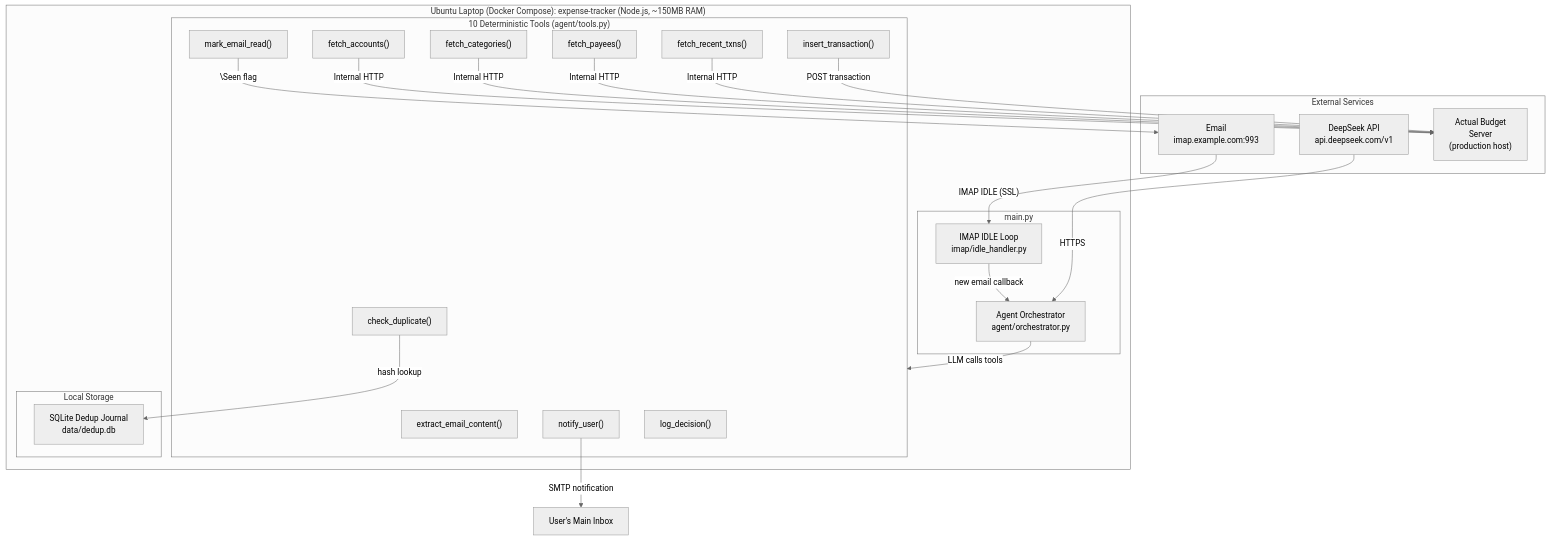
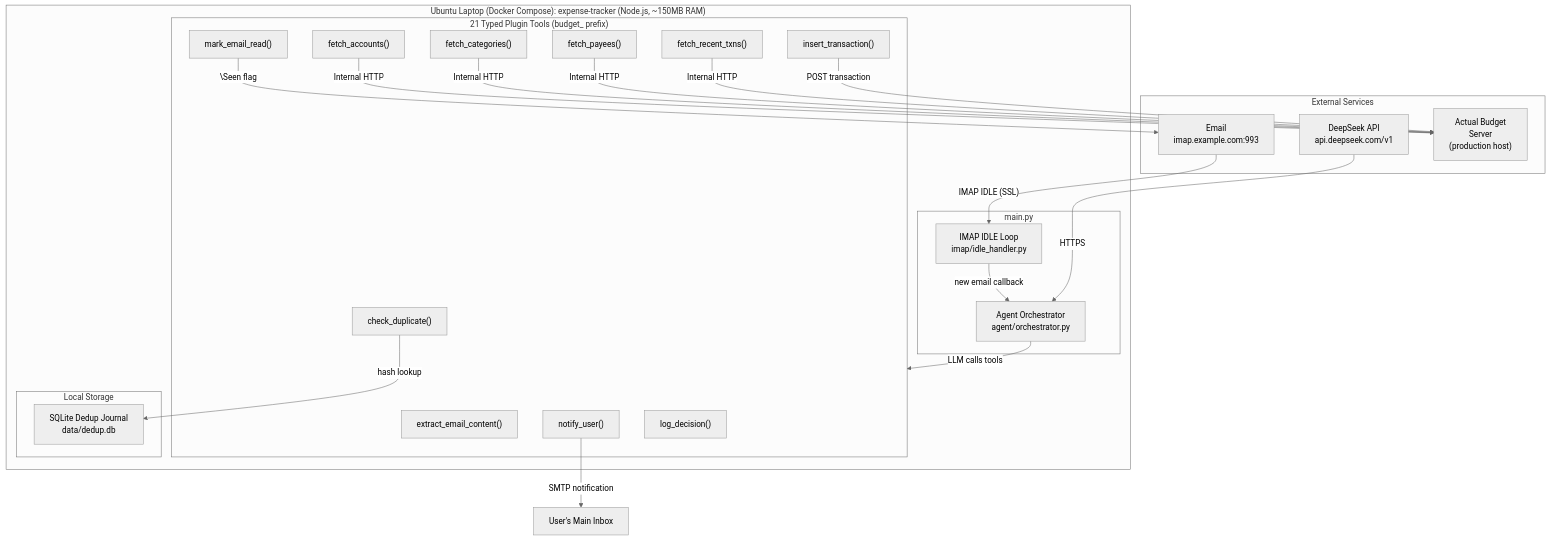
One commit to darrencjh8/darren-openclaw changed the first of 10 diagrams in design.md. Above: the diagram before and after it, drawn with Mermaid (neutral theme). The commit also changed other lines of this file and 21 other files, not shown here.

First line of the commit message:
Add expense-tracker plugin with 21 budget_ prefixed typed tools

````diff
--- a/design.md
+++ b/design.md
@@ -125,43 +125,43 @@
 ```mermaid
 graph TB
     subgraph External["External Services"]
         EmailSvc["Email<br/>imap.example.com:993"]
         DeepSeek["DeepSeek API<br/>api.deepseek.com/v1"]
          AB["Actual Budget<br/>Server<br/>(production host)"]
     end
 
     subgraph OpenClaw["Ubuntu Laptop (Docker Compose): expense-tracker (Node.js, ~150MB RAM)"]
         subgraph Main["main.py"]
             IMAP["IMAP IDLE Loop<br/>imap/idle_handler.py"]
             Orch["Agent Orchestrator<br/>agent/orchestrator.py"]
             IMAP -->|"new email callback"| Orch
         end
 
-        subgraph Tools["10 Deterministic Tools (agent/tools.py)"]
+        subgraph Tools["21 Typed Plugin Tools (budget_ prefix)"]
             T1["extract_email_content()"]
             T2["fetch_accounts()"]
             T3["fetch_categories()"]
             T4["fetch_payees()"]
             T5["fetch_recent_txns()"]
             T6["insert_transaction()"]
             T7["check_duplicate()"]
             T8["mark_email_read()"]
             T9["notify_user()"]
             T10["log_decision()"]
         end
 
         Orch -->|"LLM calls tools"| Tools
 
         subgraph Storage["Local Storage"]
             SQLite["SQLite Dedup Journal<br/>data/dedup.db"]
         end
     end
 
     EmailSvc -->|"IMAP IDLE (SSL)"| IMAP
     DeepSeek -->|"HTTPS"| Orch
     T2 & T3 & T4 & T5 -->|"Internal HTTP"| AB
     T6 -->|"POST transaction"| AB
     T7 -->|"hash lookup"| SQLite
     T8 -->|"\Seen flag"| EmailSvc
     T9 -->|"SMTP notification"| User["User's Main Inbox"]
 ```
````
